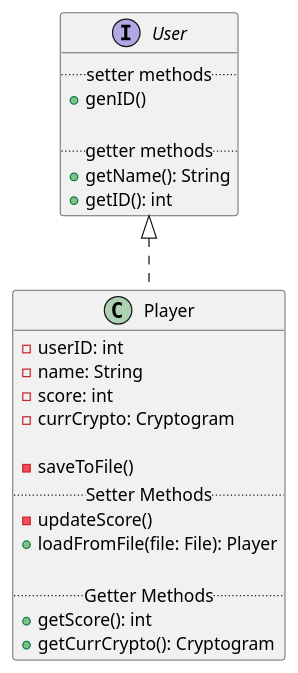
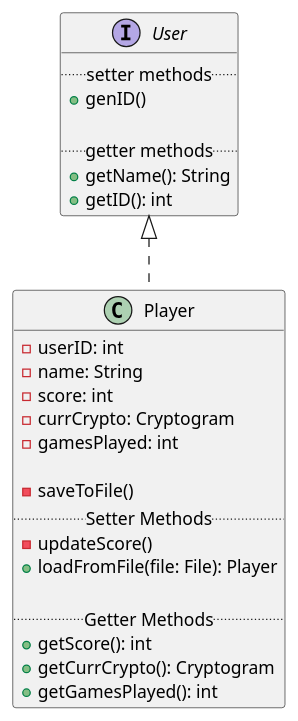
Before and after one commit to finlaysr/CS207-Cryptograms: the diagram in Class-Diagrams/src/user.puml, drawn with PlantUML. The commit also changed 8 other files, not shown here.

```diff
--- a/Class-Diagrams/src/user.puml
+++ b/Class-Diagrams/src/user.puml
@@ -1,28 +1,30 @@
 @startuml
 
 interface User {
     ..setter methods..
     + genID()
 
     ..getter methods..
     + getName(): String
     + getID(): int
 }
 
 class Player implements User {
     - userID: int
     - name: String
     - score: int
     - currCrypto: Cryptogram
+    - gamesPlayed: int
 
     - saveToFile()
     ..Setter Methods..
     - updateScore()
     + loadFromFile(file: File): Player
 
     ..Getter Methods..
     + getScore(): int
     + getCurrCrypto(): Cryptogram
+    + getGamesPlayed(): int
 }
 
 @enduml
```
